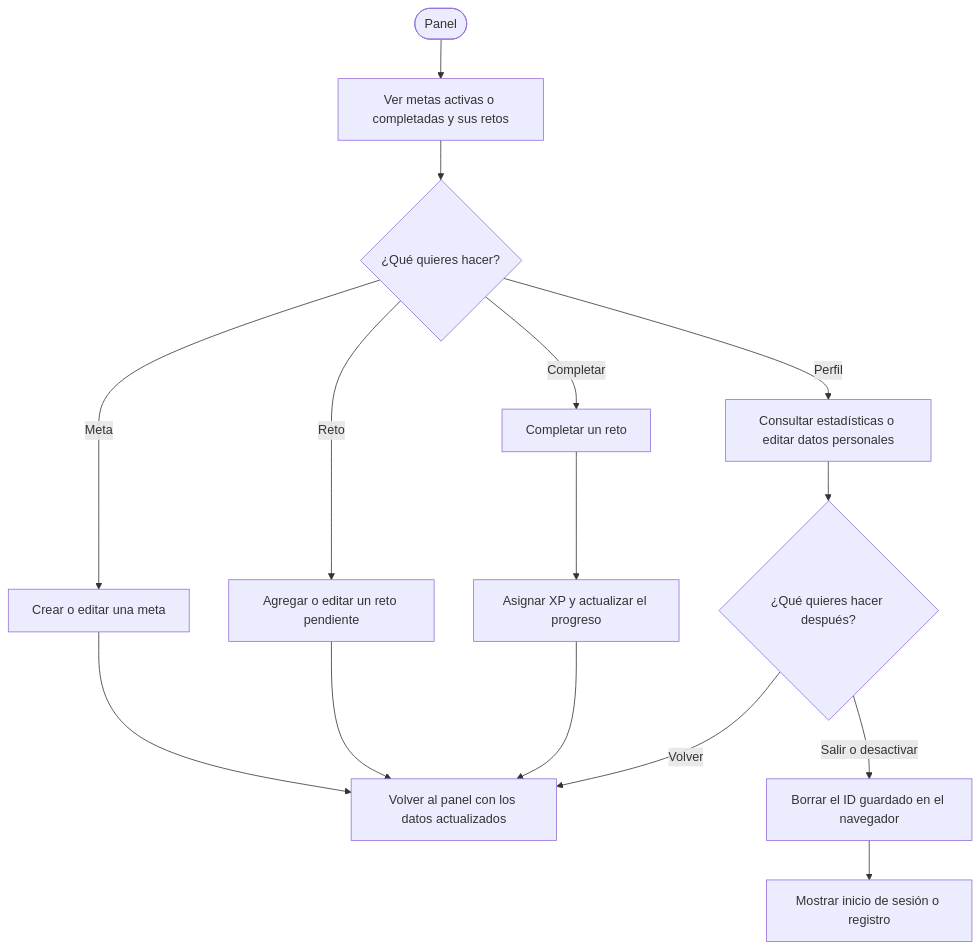
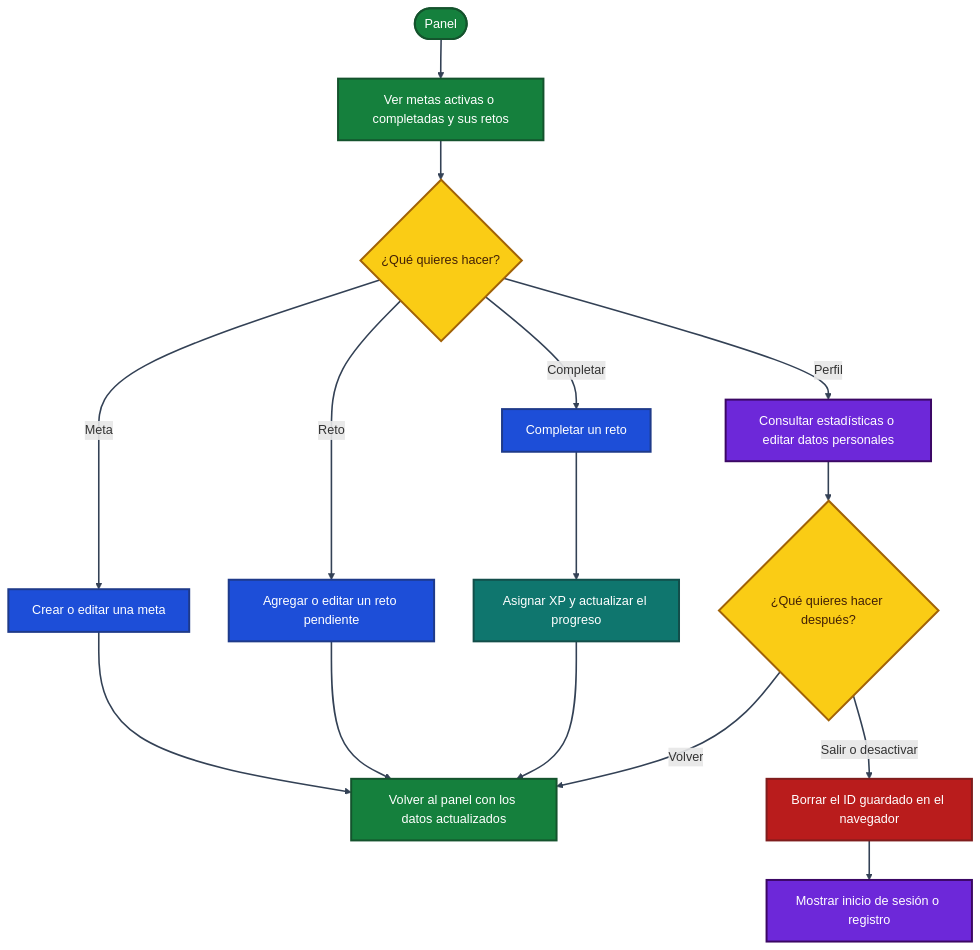
Before and after one commit to DirPipe/AILifeQuest: the third of 3 diagrams in README.md, drawn with Mermaid. The commit also changed other lines of this file, not shown here.

Commit message:
Se mejoraron los colores de los diagramas Mermaid del README principal

````diff
--- a/README.md
+++ b/README.md
@@ -57,17 +81,33 @@
 ```mermaid
 flowchart TD
   A([Panel]) --> B[Ver metas activas o completadas y sus retos]
   B --> C{¿Qué quieres hacer?}
   C -- Meta --> D[Crear o editar una meta]
   C -- Reto --> E[Agregar o editar un reto pendiente]
   C -- Completar --> F[Completar un reto]
   F --> G[Asignar XP y actualizar el progreso]
   D --> J[Volver al panel con los datos actualizados]
   E --> J
   G --> J
   C -- Perfil --> H[Consultar estadísticas o editar datos personales]
   H --> I{¿Qué quieres hacer después?}
   I -- Volver --> J
   I -- Salir o desactivar --> K[Borrar el ID guardado en el navegador]
   K --> L[Mostrar inicio de sesión o registro]
+
+  classDef panel fill:#15803D,stroke:#14532D,color:#FFFFFF,stroke-width:2.5px
+  classDef decision fill:#FACC15,stroke:#A16207,color:#422006,stroke-width:2.5px
+  classDef action fill:#1D4ED8,stroke:#1E3A8A,color:#FFFFFF,stroke-width:2.5px
+  classDef progress fill:#0F766E,stroke:#134E4A,color:#FFFFFF,stroke-width:2.5px
+  classDef profile fill:#6D28D9,stroke:#3B0764,color:#FFFFFF,stroke-width:2.5px
+  classDef danger fill:#B91C1C,stroke:#7F1D1D,color:#FFFFFF,stroke-width:2.5px
+  classDef access fill:#6D28D9,stroke:#3B0764,color:#FFFFFF,stroke-width:2.5px
+  class A,B,J panel
+  class C,I decision
+  class D,E,F action
+  class G progress
+  class H profile
+  class K danger
+  class L access
+  linkStyle default stroke:#334155,stroke-width:2px
 ```
````
